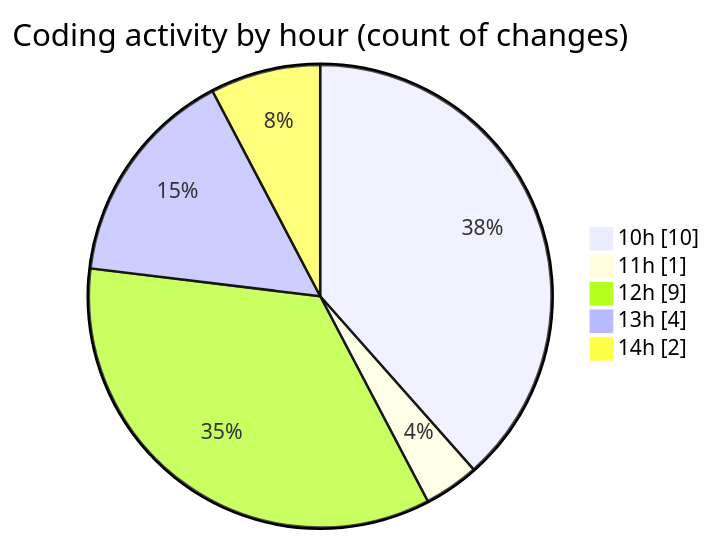
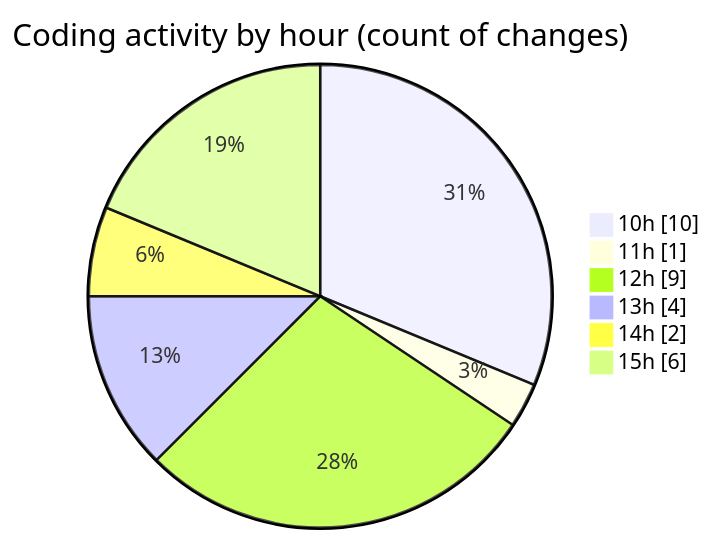
Before and after one commit to julien-gomy/code-tracking: the second of 2 diagrams in 2025-11-20/eventscop-api-guide__workspace_/README.md, drawn with Mermaid. The commit also changed other lines of this file and 1 other file, not shown here.

````diff
--- a/2025-11-20/eventscop-api-guide__workspace_/README.md
+++ b/2025-11-20/eventscop-api-guide__workspace_/README.md
@@ -39,9 +41,10 @@
 ```mermaid
 pie showData
 title Coding activity by hour (count of changes)
 "10h" : 10
 "11h" : 1
 "12h" : 9
 "13h" : 4
 "14h" : 2
+"15h" : 6
 ```
````
